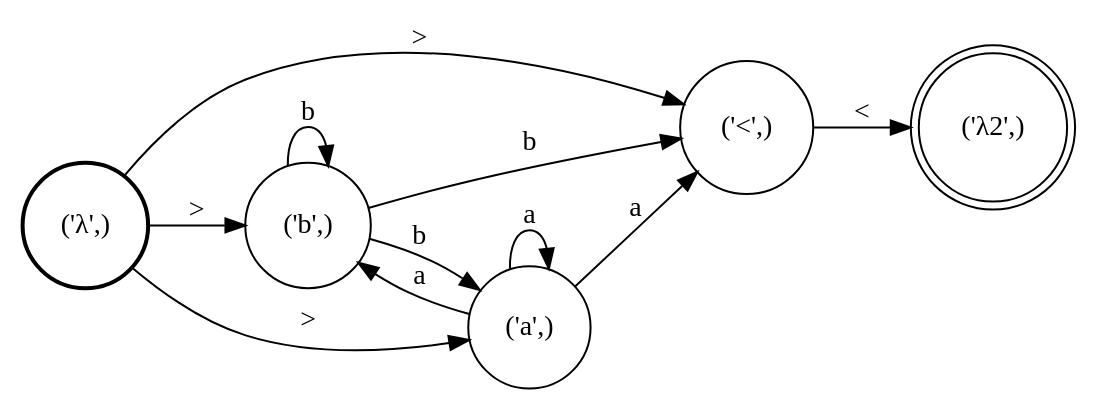
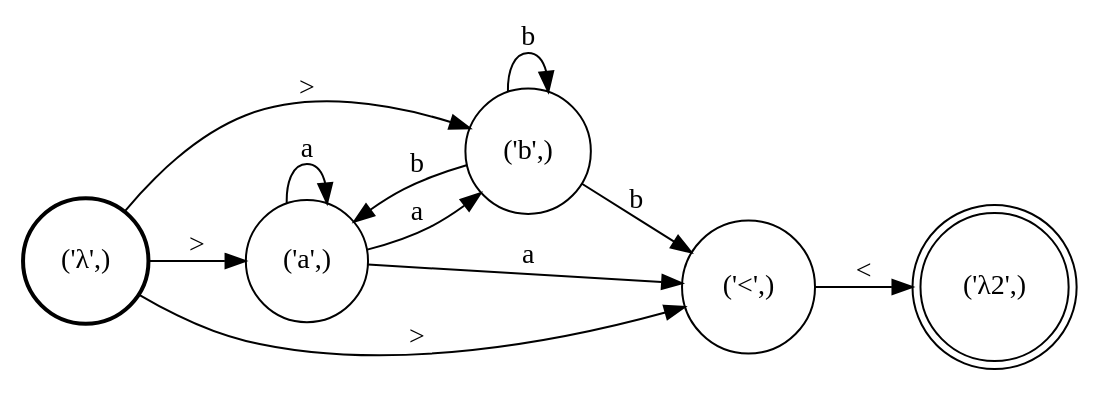
The diagram in demo/A_right.dot (colincwilson/statgram), drawn with Graphviz before and after one commit. The commit also changed 10 other files, not shown here.

```diff
--- a/demo/A_right.dot
+++ b/demo/A_right.dot
@@ -1,19 +1,19 @@
 digraph G {
 rankdir=LR;
 node [shape=circle]
-0 [label="('<',)"]
-1 [label="('b',)"]
-2 [label="('a',)"]
-3 [style=bold label="('λ',)"]
-4 [shape=doublecircle label="('λ2',)"]
-2 -> 2 [label="a"]
-2 -> 0 [label="a"]
-2 -> 1 [label="a"]
-1 -> 0 [label="b"]
-1 -> 1 [label="b"]
-3 -> 0 [label=">"]
-3 -> 1 [label=">"]
-3 -> 2 [label=">"]
-1 -> 2 [label="b"]
-0 -> 4 [label="<"]
+0 [shape=doublecircle label="('λ2',)"]
+1 [label="('a',)"]
+2 [label="('<',)"]
+3 [label="('b',)"]
+4 [style=bold label="('λ',)"]
+1 -> 1 [label="a"]
+2 -> 0 [label="<"]
+3 -> 3 [label="b"]
+1 -> 2 [label="a"]
+4 -> 3 [label=">"]
+3 -> 1 [label="b"]
+4 -> 1 [label=">"]
+3 -> 2 [label="b"]
+1 -> 3 [label="a"]
+4 -> 2 [label=">"]
 }
```
